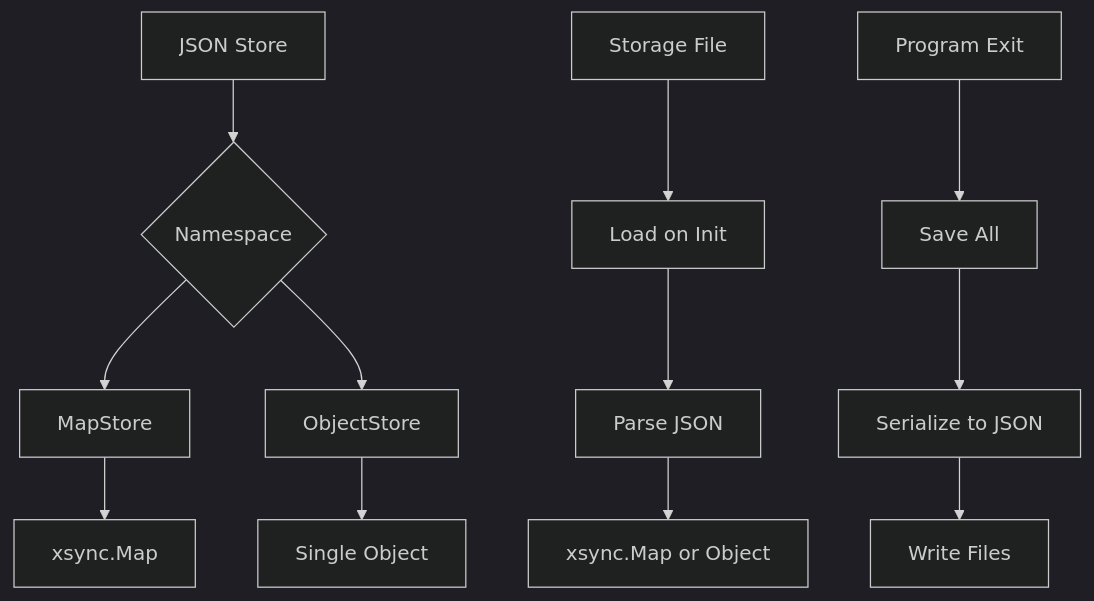
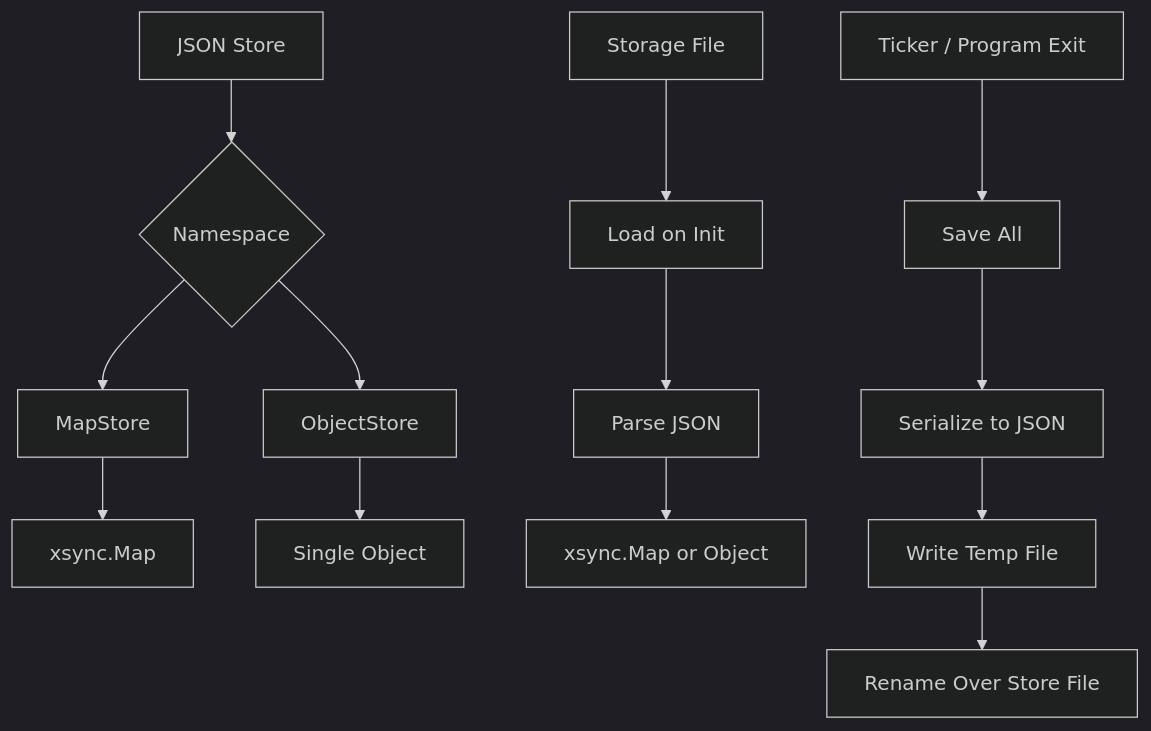
One commit to yusing/godoxy-wiki changed the first of 2 diagrams in content/docs/impl/internal-jsonstore.mdx. Above: the diagram before and after it, drawn with Mermaid (dark theme). The commit also changed other lines of this file and 3 other files, not shown here.

````diff
--- a/content/docs/impl/internal-jsonstore.mdx
+++ b/content/docs/impl/internal-jsonstore.mdx
@@ -21,17 +21,18 @@
 ```mermaid
 graph TD
     A[JSON Store] --> B{Namespace}
     B --> C[MapStore]
     B --> D[ObjectStore]
 
     C --> E[xsync.Map]
     D --> F[Single Object]
 
     G[Storage File] --> H[Load on Init]
     H --> I[Parse JSON]
     I --> J[xsync.Map or Object]
 
-    K[Program Exit] --> L[Save All]
+    K[Ticker / Program Exit] --> L[Save All]
     L --> M[Serialize to JSON]
-    M --> N[Write Files]
+    M --> N[Write Temp File]
+    N --> O[Rename Over Store File]
 ```
````
